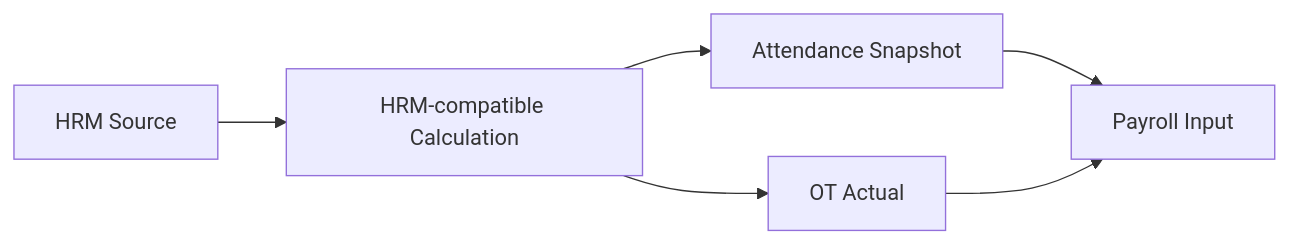
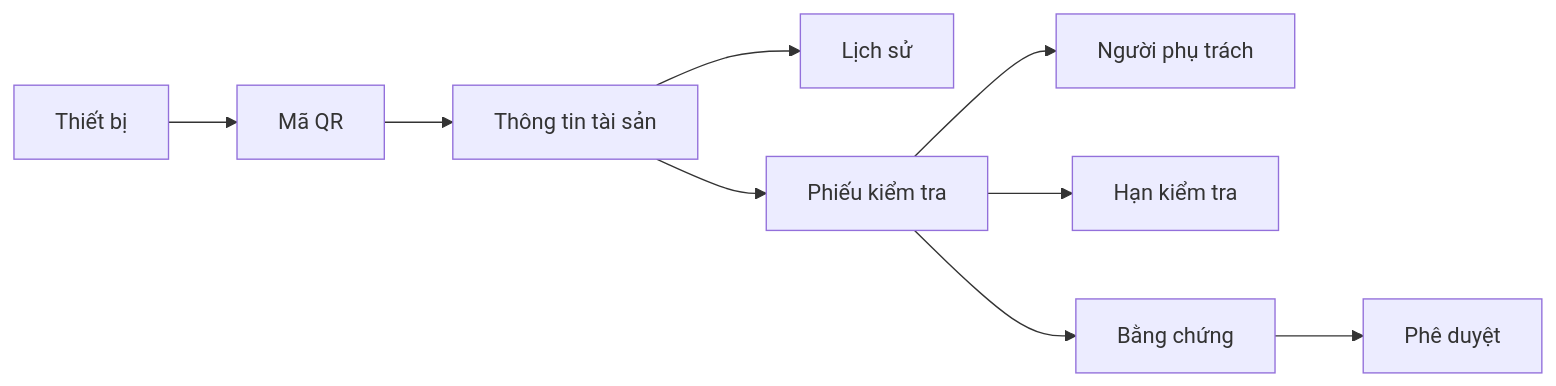
One commit to Nang0559/Reggister changed the seventh of 15 diagrams in MÔ HÌNH/DOCUMENTATION/07_PRESENTATION.md. Above: the diagram before and after it, drawn with Mermaid. The commit also changed other lines of this file and 256 other files, not shown here.

````diff
--- a/MÔ HÌNH/DOCUMENTATION/07_PRESENTATION.md
+++ b/MÔ HÌNH/DOCUMENTATION/07_PRESENTATION.md
@@ -274,8 +269,11 @@
 ```mermaid
 flowchart LR
-    HRM[HRM Source] --> CALC[HRM-compatible Calculation]
-    CALC --> ATT[Attendance Snapshot]
-    CALC --> OT[OT Actual]
-    ATT --> PAY[Payroll Input]
-    OT --> PAY
+    A[Thiết bị] --> B[Mã QR]
+    B --> C[Thông tin tài sản]
+    C --> D[Lịch sử]
+    C --> E[Phiếu kiểm tra]
+    E --> F[Người phụ trách]
+    E --> G[Hạn kiểm tra]
+    E --> H[Bằng chứng]
+    H --> I[Phê duyệt]
 ```
````
